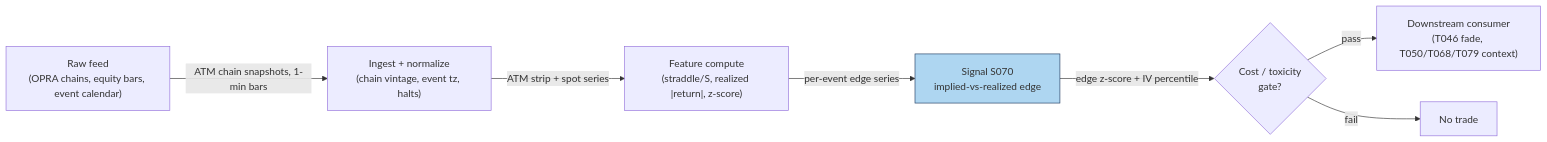
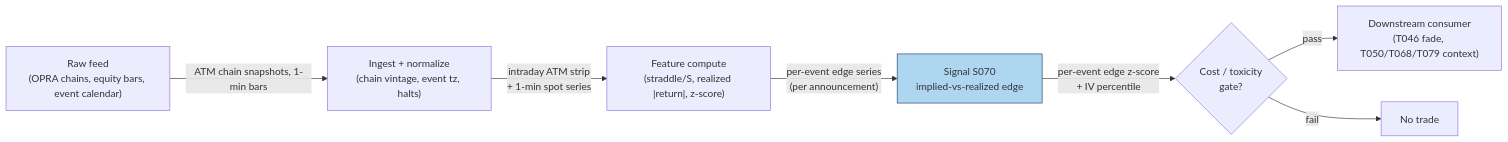
One commit to praveenguptahcl/quant-signals-deep changed the diagram in batches/SB8/S070.md. Above: the diagram before and after it, drawn with Mermaid. The commit also changed other lines of this file and 49 other files, not shown here.

````diff
--- a/batches/SB8/S070.md
+++ b/batches/SB8/S070.md
@@ -150,10 +150,10 @@
 ```mermaid
 flowchart LR
     FEED["Raw feed\n(OPRA chains, equity bars, event calendar)"] -->|ATM chain snapshots, 1-min bars| ING["Ingest + normalize\n(chain vintage, event tz, halts)"]
-    ING -->|ATM strip + spot series| FEAT["Feature compute\n(straddle/S, realized |return|, z-score)"]
-    FEAT -->|per-event edge series| SIG["Signal S070\nimplied-vs-realized edge"]
-    SIG -->|edge z-score + IV percentile| GATE{"Cost / toxicity\ngate?"}
+    ING -->|"intraday ATM strip\n+ 1-min spot series"| FEAT["Feature compute\n(straddle/S, realized |return|, z-score)"]
+    FEAT -->|"per-event edge series\n(per announcement)"| SIG["Signal S070\nimplied-vs-realized edge"]
+    SIG -->|"per-event edge z-score\n+ IV percentile"| GATE{"Cost / toxicity\ngate?"}
     GATE -->|pass| OUT["Downstream consumer\n(T046 fade, T050/T068/T079 context)"]
     GATE -->|fail| DROP["No trade"]
     style SIG fill:#aed6f1,stroke:#1f3a5f
 ```
````
